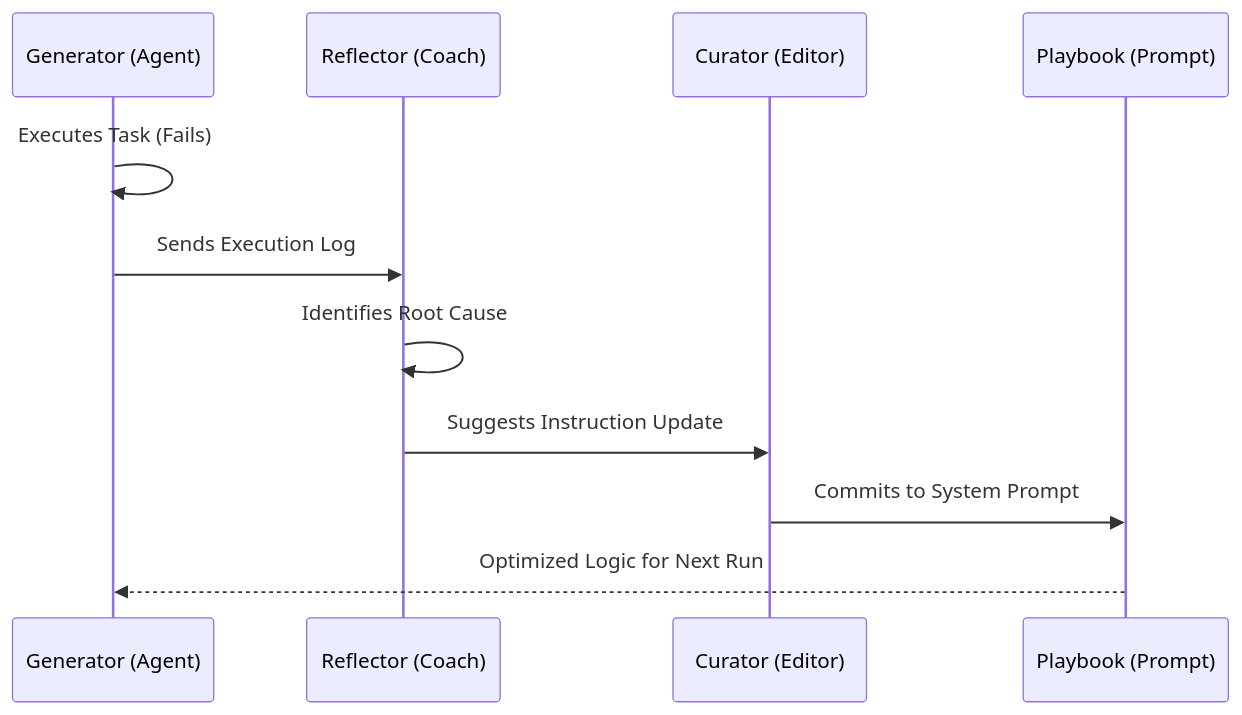
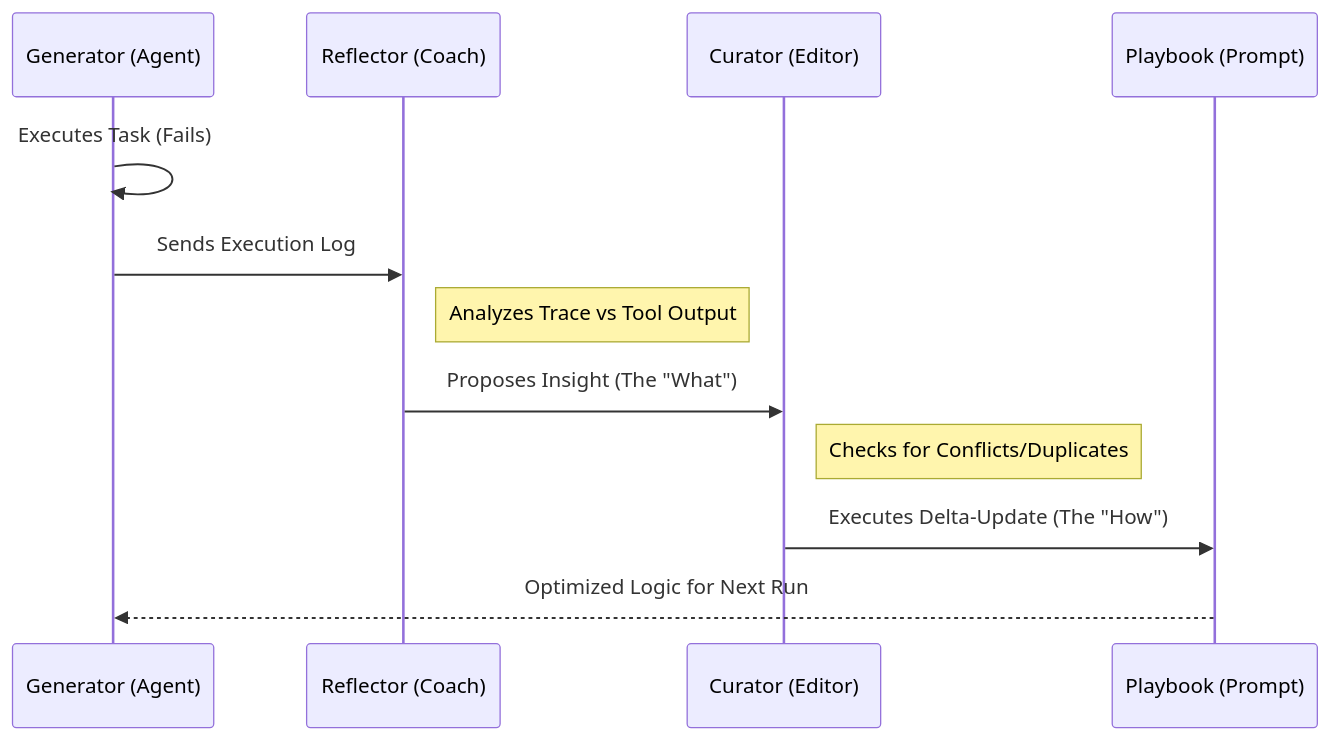
The diagram in _posts/2026-05-09-evolving-agent.md (wwucla/wwucla.github.io), drawn with Mermaid before and after one commit. The commit also changed other lines of this file, not shown here.

````diff
--- a/_posts/2026-05-09-evolving-agent.md
+++ b/_posts/2026-05-09-evolving-agent.md
@@ -50,14 +53,15 @@
 ```mermaid
 sequenceDiagram
     participant G as Generator (Agent)
     participant R as Reflector (Coach)
     participant C as Curator (Editor)
     participant P as Playbook (Prompt)
 
     G->>G: Executes Task (Fails)
     G->>R: Sends Execution Log
-    R->>R: Identifies Root Cause
-    R->>C: Suggests Instruction Update
-    C->>P: Commits to System Prompt
+    Note right of R: Analyzes Trace vs Tool Output
+    R->>C: Proposes Insight (The "What")
+    Note right of C: Checks for Conflicts/Duplicates
+    C->>P: Executes Delta-Update (The "How")
     P-->>G: Optimized Logic for Next Run
 ```
````
